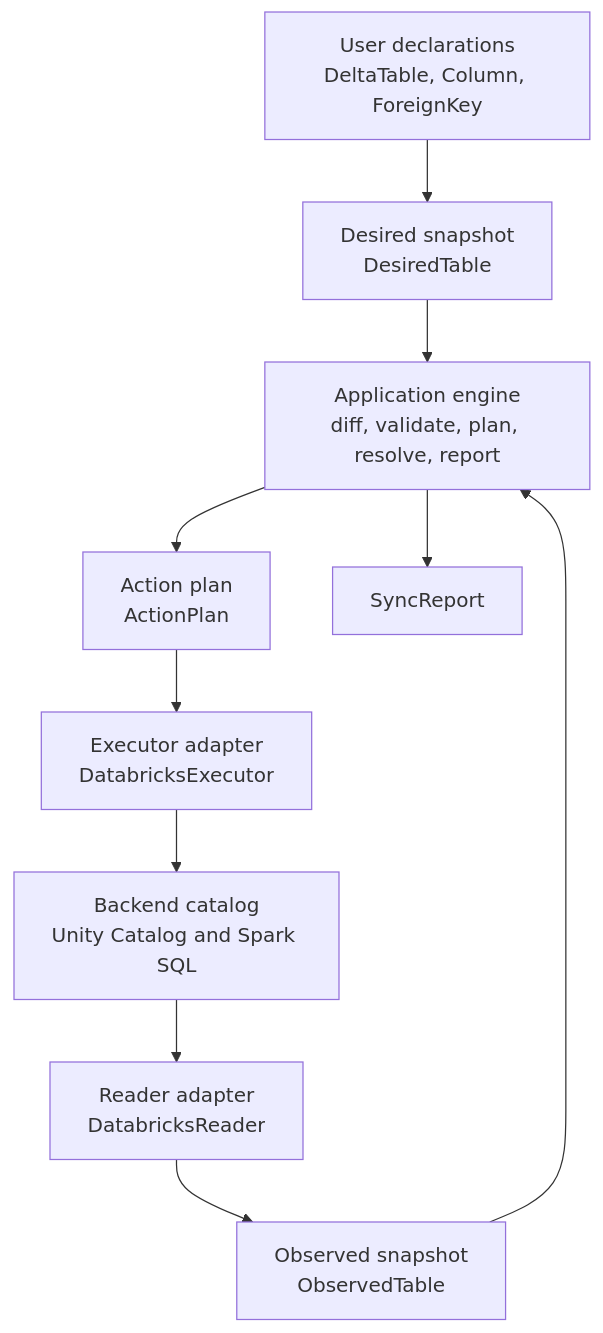
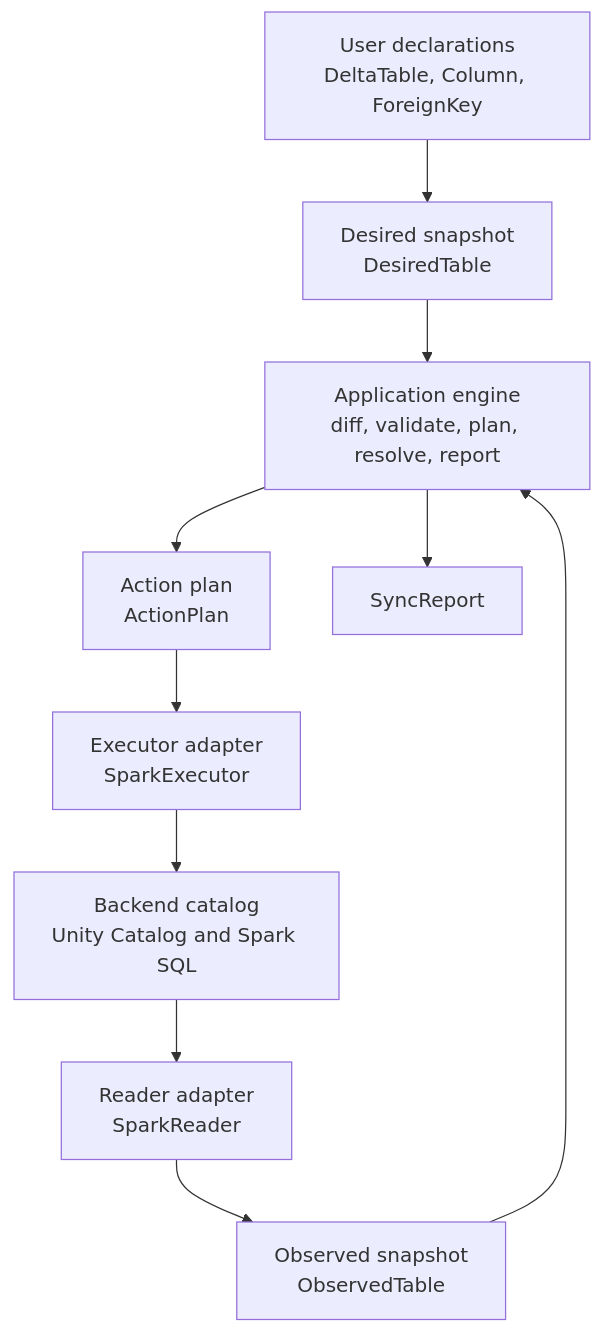
Before and after one commit to Tomoscorbin/delta-engine: the first of 5 diagrams in docs/explanation-architecture.md, drawn with Mermaid. The commit also changed other lines of this file and 7 other files, not shown here.

Commit message:
docs: align install, quickstart, and architecture docs with the spark backend split

````diff
--- a/docs/explanation-architecture.md
+++ b/docs/explanation-architecture.md
@@ -32,22 +32,22 @@
 ```mermaid
 flowchart TB
     User[User declarations<br/>DeltaTable, Column, ForeignKey]
     Desired[Desired snapshot<br/>DesiredTable]
-    Reader[Reader adapter<br/>DatabricksReader]
+    Reader[Reader adapter<br/>SparkReader]
     Observed[Observed snapshot<br/>ObservedTable]
     Engine[Application engine<br/>diff, validate, plan, resolve, report]
     Plan[Action plan<br/>ActionPlan]
-    Executor[Executor adapter<br/>DatabricksExecutor]
+    Executor[Executor adapter<br/>SparkExecutor]
     Backend[Backend catalog<br/>Unity Catalog and Spark SQL]
     Report[SyncReport]
 
     User --> Desired
     Backend --> Reader
     Reader --> Observed
     Desired --> Engine
     Observed --> Engine
     Engine --> Plan
     Plan --> Executor
     Executor --> Backend
     Engine --> Report
 ```
````
